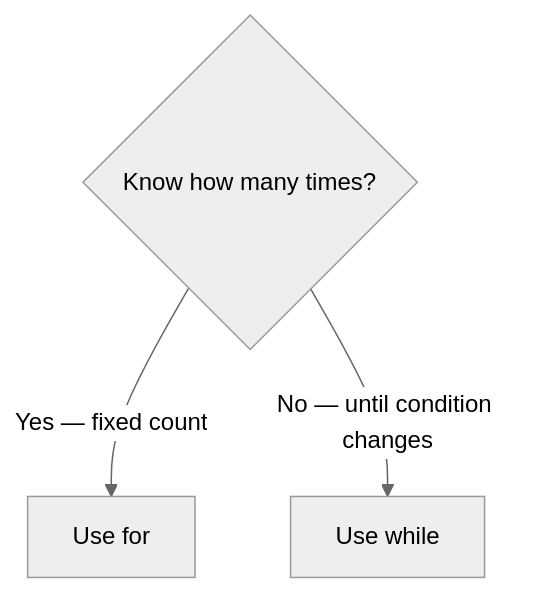
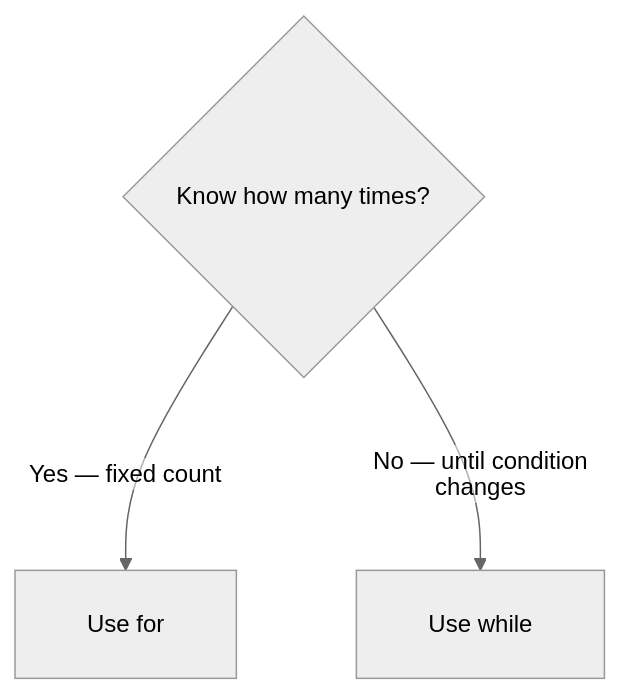
The third of 8 diagrams in SAL-2026/Python Basics - English/S03/NotesPresentation.md (ABVenu/salcurriculum), drawn with Mermaid (neutral theme) before and after one commit. The commit also changed other lines of this file and 820 other files, not shown here.

````diff
--- a/SAL-2026/Python Basics - English/S03/NotesPresentation.md
+++ b/SAL-2026/Python Basics - English/S03/NotesPresentation.md
@@ -83,6 +271,7 @@
 ```mermaid
+%%{init: {"flowchart": {"htmlLabels": false, "curve": "basis", "padding": 24, "nodeSpacing": 80, "rankSpacing": 90, "diagramPadding": 48}}}%%
 flowchart TB
-    Q{Know how many times?}
-    Q -->|Yes — fixed count| F[Use for]
-    Q -->|No — until condition changes| W[Use while]
+    Q{"  Know how many times?  "}
+    Q -->|"  Yes — fixed count  "| F["  Use for  "]
+    Q -->|"  No — until condition changes  "| W["  Use while  "]
 ```
````
